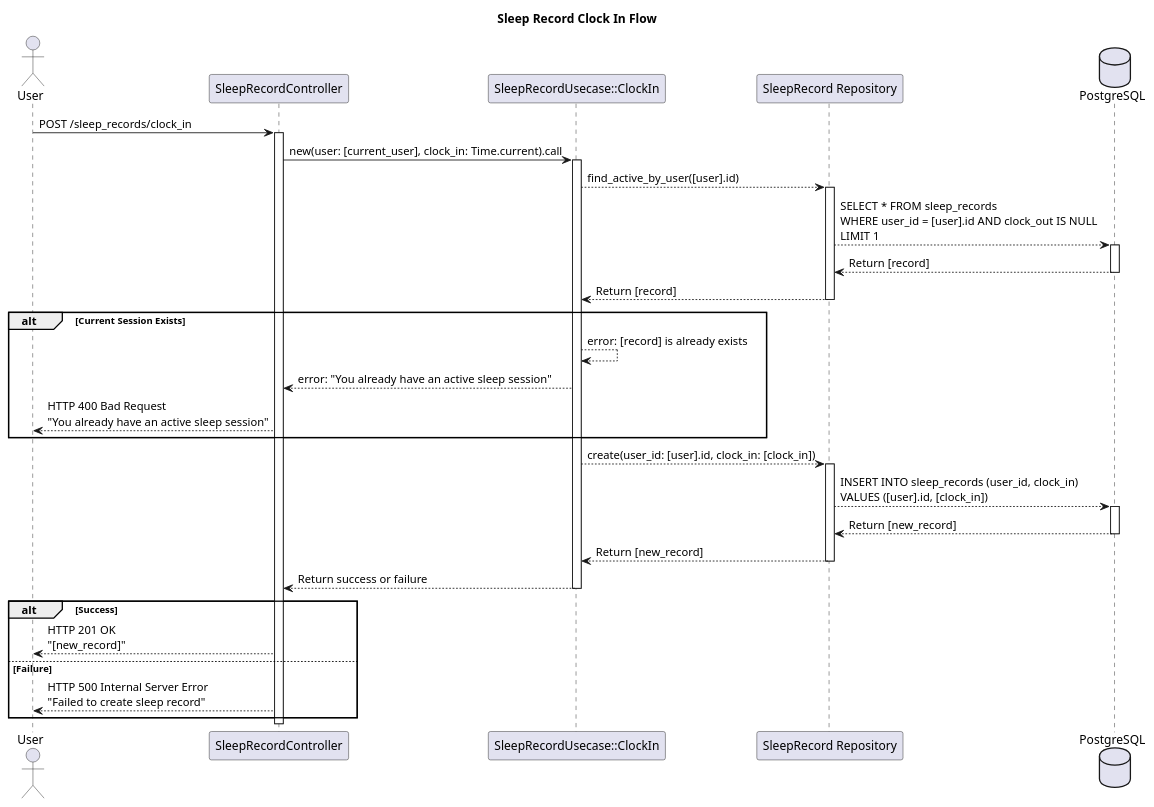
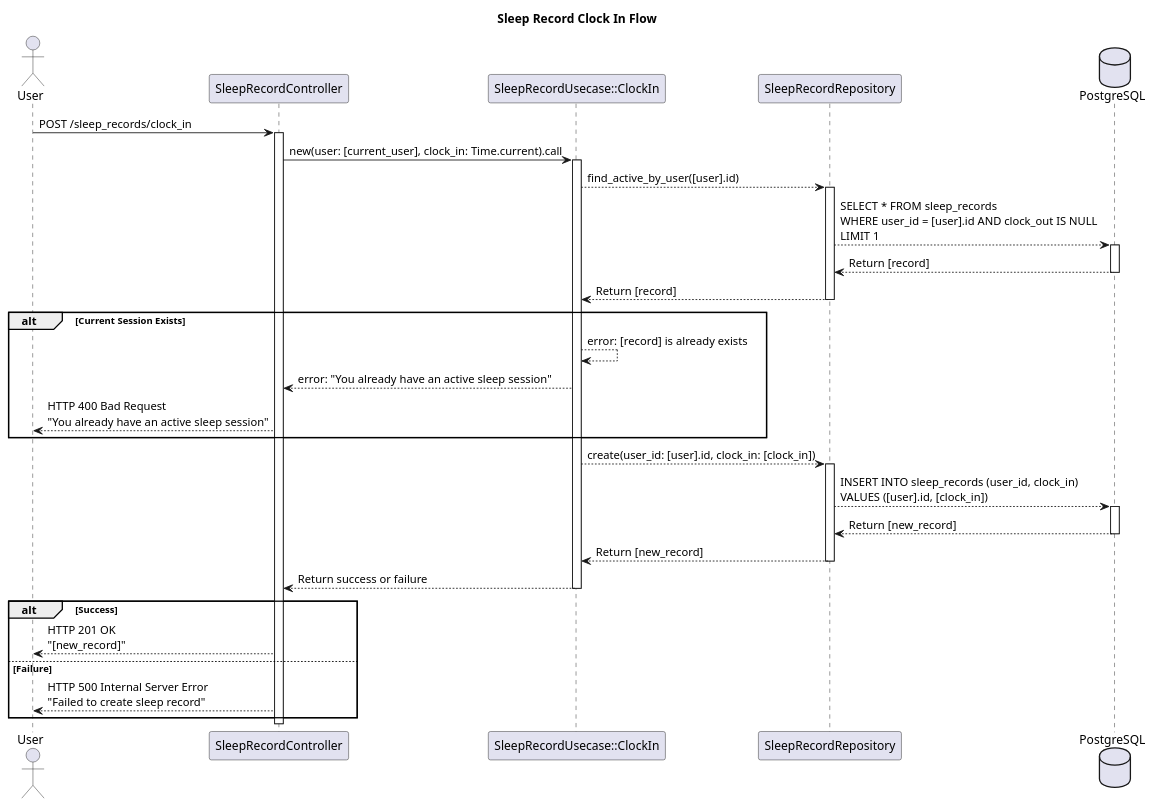
Before and after one commit to wisnuaga/good-night: the diagram in docs/diagrams/SleepRecordClockInFlow.plantuml, drawn with PlantUML. The commit also changed 4 other files, not shown here.

Commit message:
Fix inconsistencies on diagram naming

```diff
--- a/docs/diagrams/SleepRecordClockInFlow.plantuml
+++ b/docs/diagrams/SleepRecordClockInFlow.plantuml
@@ -1,50 +1,50 @@
 @startuml SleepRecordClockInFlow
 title Sleep Record Clock In Flow
 
 ' Define actors and components
 actor User
 participant "SleepRecordController" as Controller
 participant "SleepRecordUsecase::ClockIn" as Usecase
-participant "SleepRecord Repository" as Repository
+participant "SleepRecordRepository" as Repository
 database "PostgreSQL" as DB
 
 User -> Controller: POST /sleep_records/clock_in
 activate Controller
 
 Controller -> Usecase: new(user: [current_user], clock_in: Time.current).call
 activate Usecase
 
 Usecase --> Repository: find_active_by_user([user].id)
 activate Repository
 Repository --> DB: SELECT * FROM sleep_records \nWHERE user_id = [user].id AND clock_out IS NULL \nLIMIT 1
 activate DB
 DB --> Repository: Return [record]
 deactivate DB
 Repository --> Usecase: Return [record]
 deactivate Repository
 
 alt Current Session Exists
     Usecase --> Usecase: error: [record] is already exists
     Usecase --> Controller: error: "You already have an active sleep session"
     Controller --> User: HTTP 400 Bad Request\n"You already have an active sleep session"
 end
 
 Usecase --> Repository: create(user_id: [user].id, clock_in: [clock_in])
 activate Repository
 Repository --> DB: INSERT INTO sleep_records (user_id, clock_in)\nVALUES ([user].id, [clock_in])
 activate DB
 DB --> Repository: Return [new_record]
 deactivate DB
 Repository --> Usecase: Return [new_record]
 deactivate Repository
 Usecase --> Controller: Return success or failure
 deactivate Usecase
 
 alt Success    
     Controller --> User: HTTP 201 OK\n"[new_record]"
 else Failure
     Controller --> User: HTTP 500 Internal Server Error\n"Failed to create sleep record"
 end
 deactivate Controller
 
 @enduml
```
